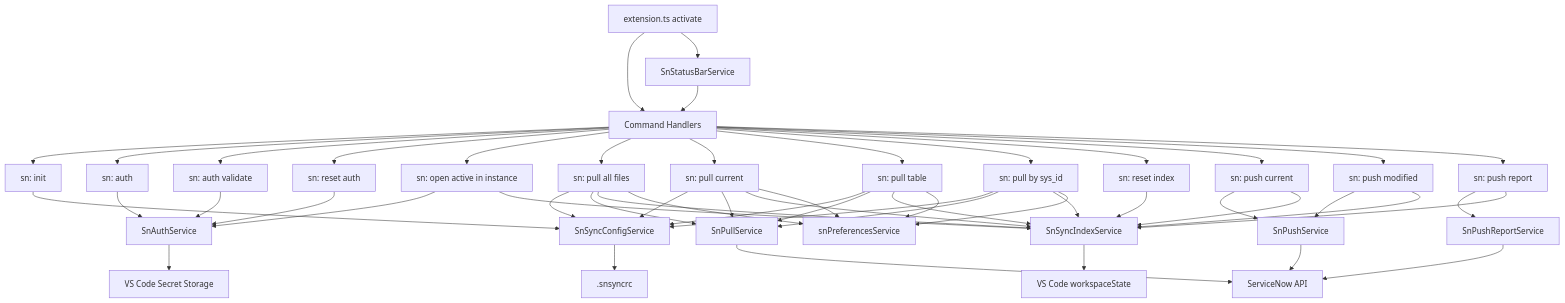
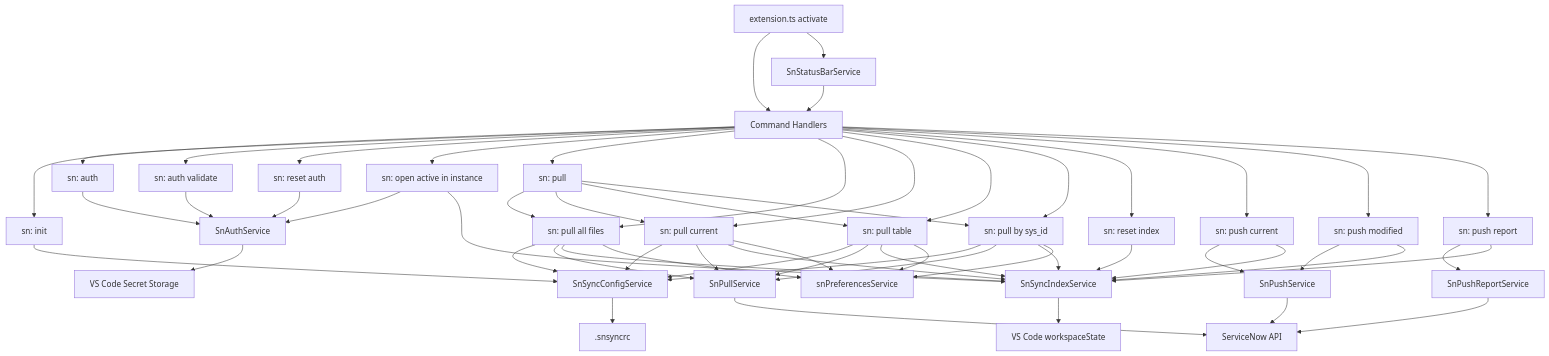
The diagram in docs/architecture.md (AlexAlvarez092/sn-sync), drawn with Mermaid before and after one commit. The commit also changed other lines of this file and 16 other files, not shown here.

````diff
--- a/docs/architecture.md
+++ b/docs/architecture.md
@@ -220,67 +227,73 @@
 ```mermaid
 flowchart TD
   EXT[extension.ts activate] --> CMD[Command Handlers]
 
   CMD --> INIT[sn: init]
   CMD --> AUTH[sn: auth]
   CMD --> AUTHV[sn: auth validate]
   CMD --> AUTHR[sn: reset auth]
   CMD --> OPEN[sn: open active in instance]
+  CMD --> PULLSEL[sn: pull]
   CMD --> PULL[sn: pull all files]
   CMD --> PULLCUR[sn: pull current]
   CMD --> PULLTBL[sn: pull table]
   CMD --> PULLID[sn: pull by sys_id]
   CMD --> RESET[sn: reset index]
   CMD --> PUSHA[sn: push current]
   CMD --> PUSHM[sn: push modified]
   CMD --> PUSHR[sn: push report]
   EXT --> SB[SnStatusBarService]
 
   INIT --> CFG[SnSyncConfigService]
   AUTH --> AUTHS[SnAuthService]
   AUTHV --> AUTHS
   AUTHR --> AUTHS
   OPEN --> AUTHS
   OPEN --> INDEX
+
+  PULLSEL --> PULL
+  PULLSEL --> PULLCUR
+  PULLSEL --> PULLTBL
+  PULLSEL --> PULLID
 
   PULL --> CFG
   PULL --> PULLS[SnPullService]
   PULL --> INDEX[SnSyncIndexService]
   PULL --> PREF[snPreferencesService]
 
   PULLCUR --> CFG
   PULLCUR --> PULLS
   PULLCUR --> INDEX
   PULLCUR --> PREF
 
   PULLTBL --> CFG
   PULLTBL --> PULLS
   PULLTBL --> INDEX
   PULLTBL --> PREF
 
   PULLID --> CFG
   PULLID --> PULLS
   PULLID --> INDEX
   PULLID --> PREF
 
   RESET --> INDEX
 
   PUSHA --> PUSHS[SnPushService]
   PUSHA --> INDEX
 
   PUSHM --> PUSHS
   PUSHM --> INDEX
 
   PUSHR --> REP[SnPushReportService]
   PUSHR --> INDEX
 
   SB --> CMD
 
   PULLS --> SN[ServiceNow API]
   PUSHS --> SN
   REP --> SN
 
   INDEX --> WS[VS Code workspaceState]
   AUTHS --> SEC[VS Code Secret Storage]
   CFG --> RC[.snsyncrc]
 ```
````
